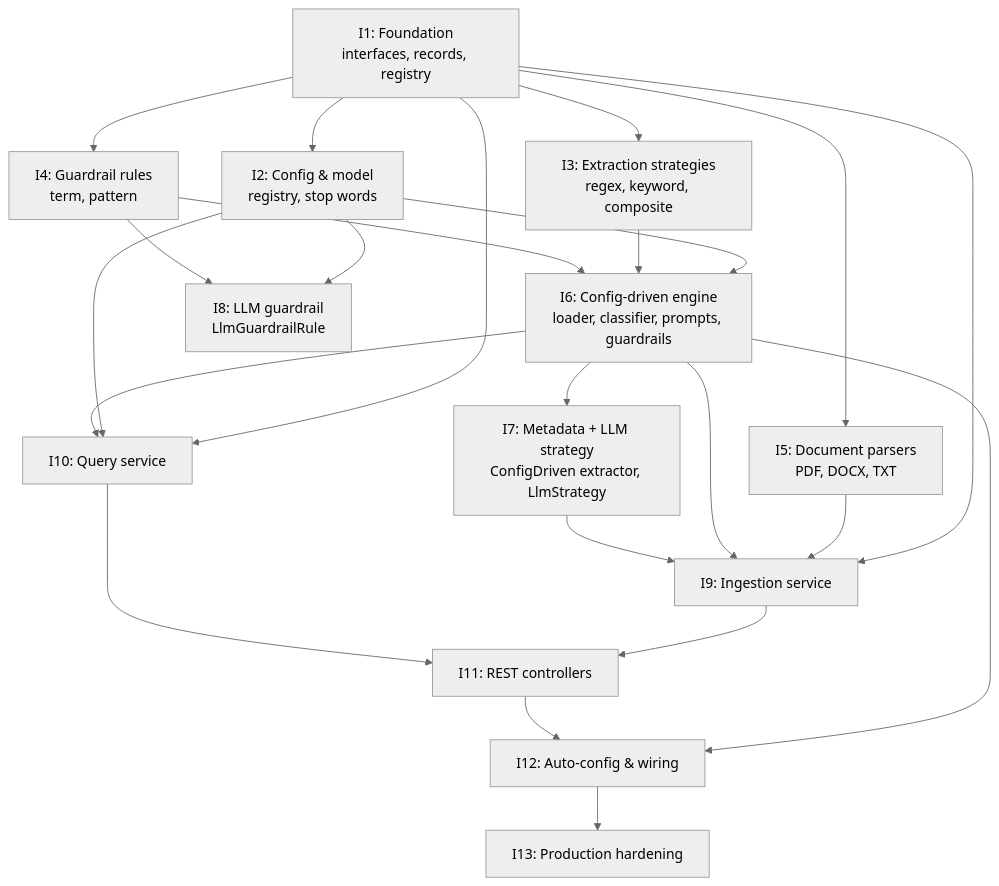
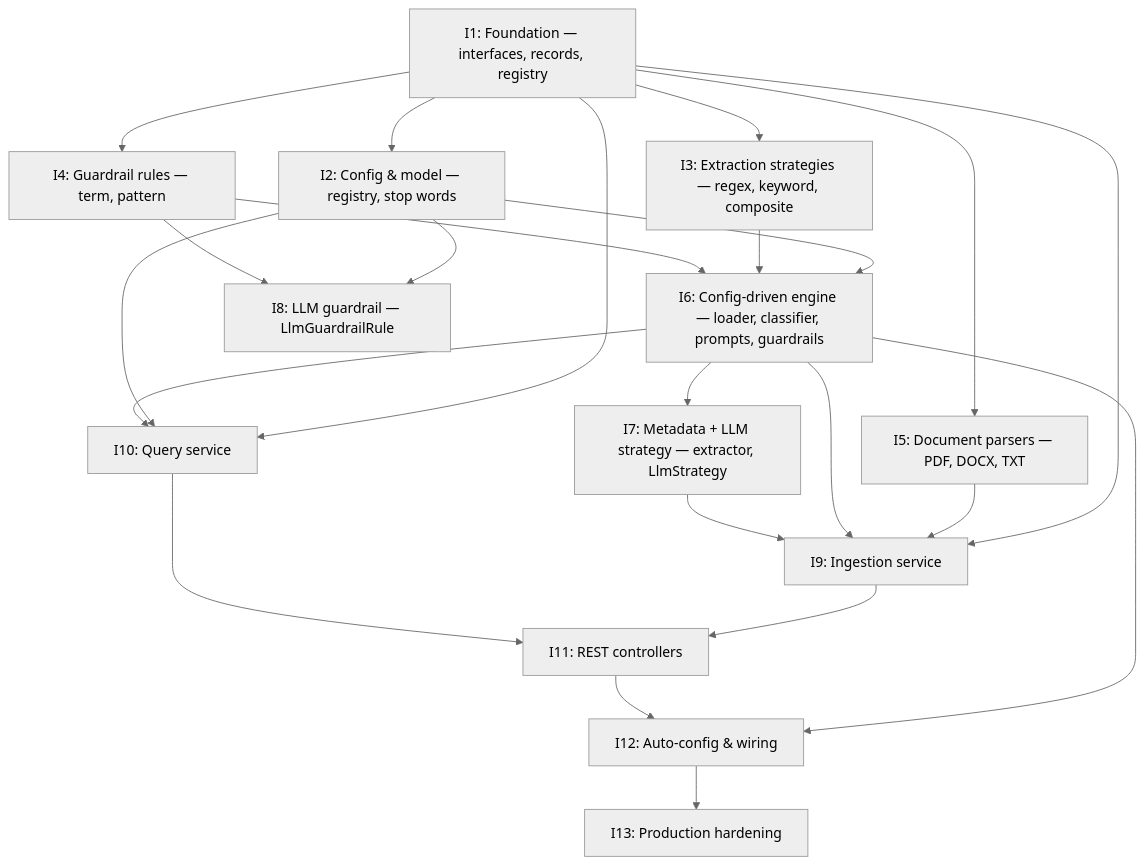
Before and after one commit to josalero/generic-rag-poc: the diagram in implementation-plan.md, drawn with Mermaid (neutral theme). The commit also changed 2 other files, not shown here.

Commit message:
TOC added

````diff
--- a/implementation-plan.md
+++ b/implementation-plan.md
@@ -72,39 +72,39 @@
 ```mermaid
 flowchart TD
-    I1["I1: Foundation\ninterfaces, records, registry"]
-    I2["I2: Config & model\nregistry, stop words"]
-    I3["I3: Extraction strategies\nregex, keyword, composite"]
-    I4["I4: Guardrail rules\nterm, pattern"]
-    I5["I5: Document parsers\nPDF, DOCX, TXT"]
-    I6["I6: Config-driven engine\nloader, classifier, prompts, guardrails"]
-    I7["I7: Metadata + LLM strategy\nConfigDriven extractor, LlmStrategy"]
-    I8["I8: LLM guardrail\nLlmGuardrailRule"]
+    I1["I1: Foundation — interfaces, records, registry"]
+    I2["I2: Config & model — registry, stop words"]
+    I3["I3: Extraction strategies — regex, keyword, composite"]
+    I4["I4: Guardrail rules — term, pattern"]
+    I5["I5: Document parsers — PDF, DOCX, TXT"]
+    I6["I6: Config-driven engine — loader, classifier, prompts, guardrails"]
+    I7["I7: Metadata + LLM strategy — extractor, LlmStrategy"]
+    I8["I8: LLM guardrail — LlmGuardrailRule"]
     I9["I9: Ingestion service"]
     I10["I10: Query service"]
     I11["I11: REST controllers"]
     I12["I12: Auto-config & wiring"]
     I13["I13: Production hardening"]
 
     I1 --> I2
     I1 --> I3
     I1 --> I4
     I1 --> I5
     I2 --> I6
     I3 --> I6
     I4 --> I6
     I6 --> I7
     I2 --> I8
     I4 --> I8
     I1 --> I9
     I5 --> I9
     I6 --> I9
     I7 --> I9
     I1 --> I10
     I2 --> I10
     I6 --> I10
     I9 --> I11
     I10 --> I11
     I6 --> I12
     I11 --> I12
     I12 --> I13
 ```
````
